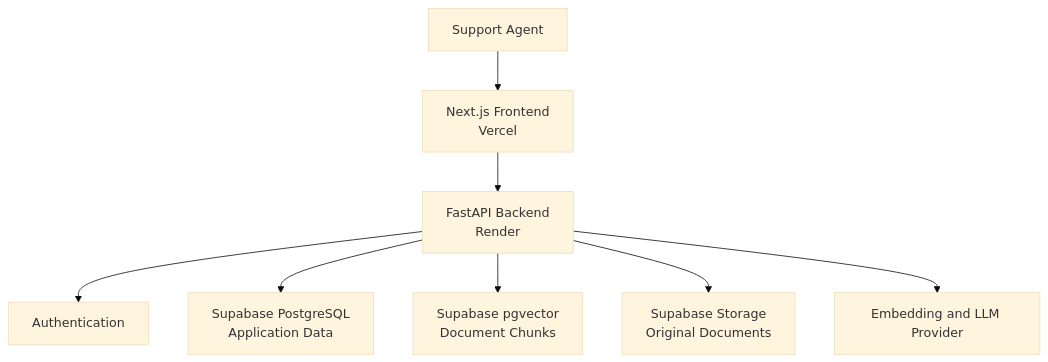
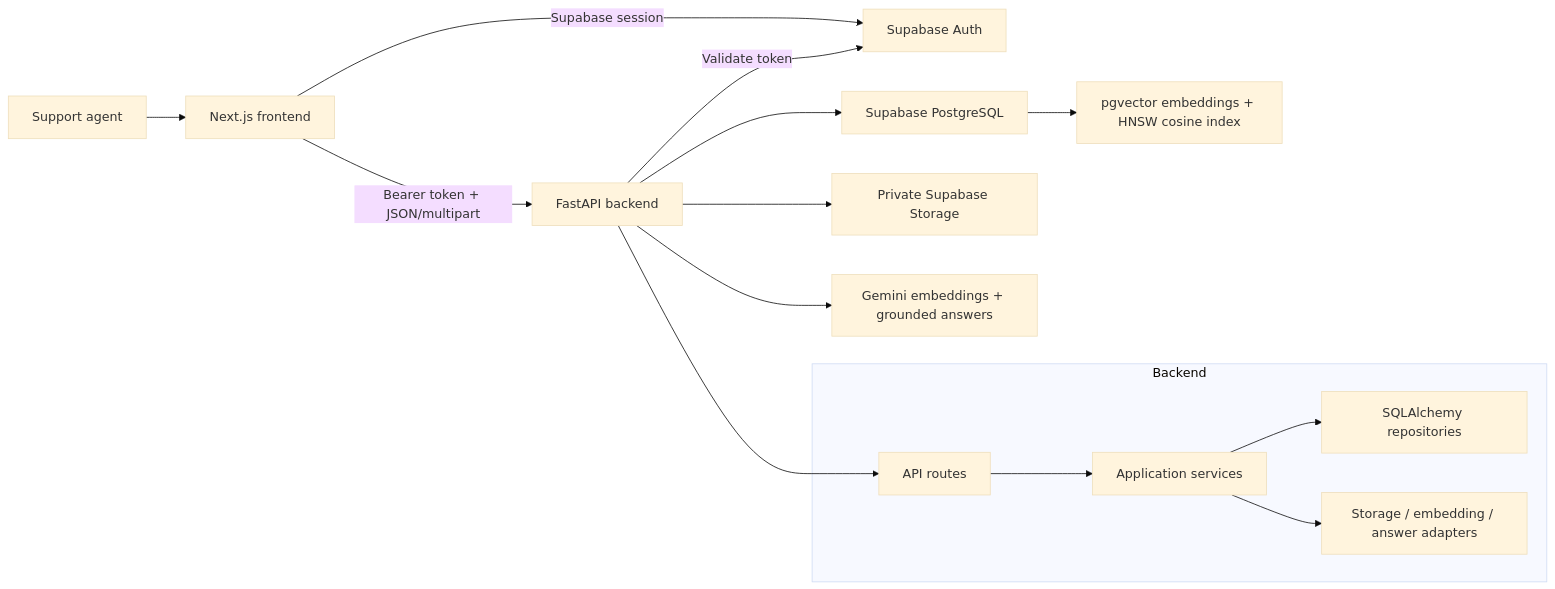
Before and after one commit to MayankBaddam/customer-support-rag-copilot: the first of 2 diagrams in README.md, drawn with Mermaid (base theme). The commit also changed other lines of this file and 5 other files, not shown here.

````diff
--- a/README.md
+++ b/README.md
@@ -159,10 +60,18 @@
 ```mermaid
-flowchart TD
-    U["Support Agent"] --> FE["Next.js Frontend<br/>Vercel"]
-    FE --> API["FastAPI Backend<br/>Render"]
-    API --> AUTH["Authentication"]
-    API --> DB["Supabase PostgreSQL<br/>Application Data"]
-    API --> VS["Supabase pgvector<br/>Document Chunks"]
-    API --> FS["Supabase Storage<br/>Original Documents"]
-    API --> AI["Embedding and LLM Provider"]
+flowchart LR
+    Agent["Support agent"] --> UI["Next.js frontend"]
+    UI -->|"Supabase session"| Auth["Supabase Auth"]
+    UI -->|"Bearer token + JSON/multipart"| API["FastAPI backend"]
+    API -->|"Validate token"| Auth
+    API --> DB["Supabase PostgreSQL"]
+    DB --> Vector["pgvector embeddings + HNSW cosine index"]
+    API --> Storage["Private Supabase Storage"]
+    API --> Gemini["Gemini embeddings + grounded answers"]
+    API --> Routes
+
+    subgraph Backend
+        Routes["API routes"] --> Services["Application services"]
+        Services --> Repositories["SQLAlchemy repositories"]
+        Services --> Providers["Storage / embedding / answer adapters"]
+    end
 ```
````
